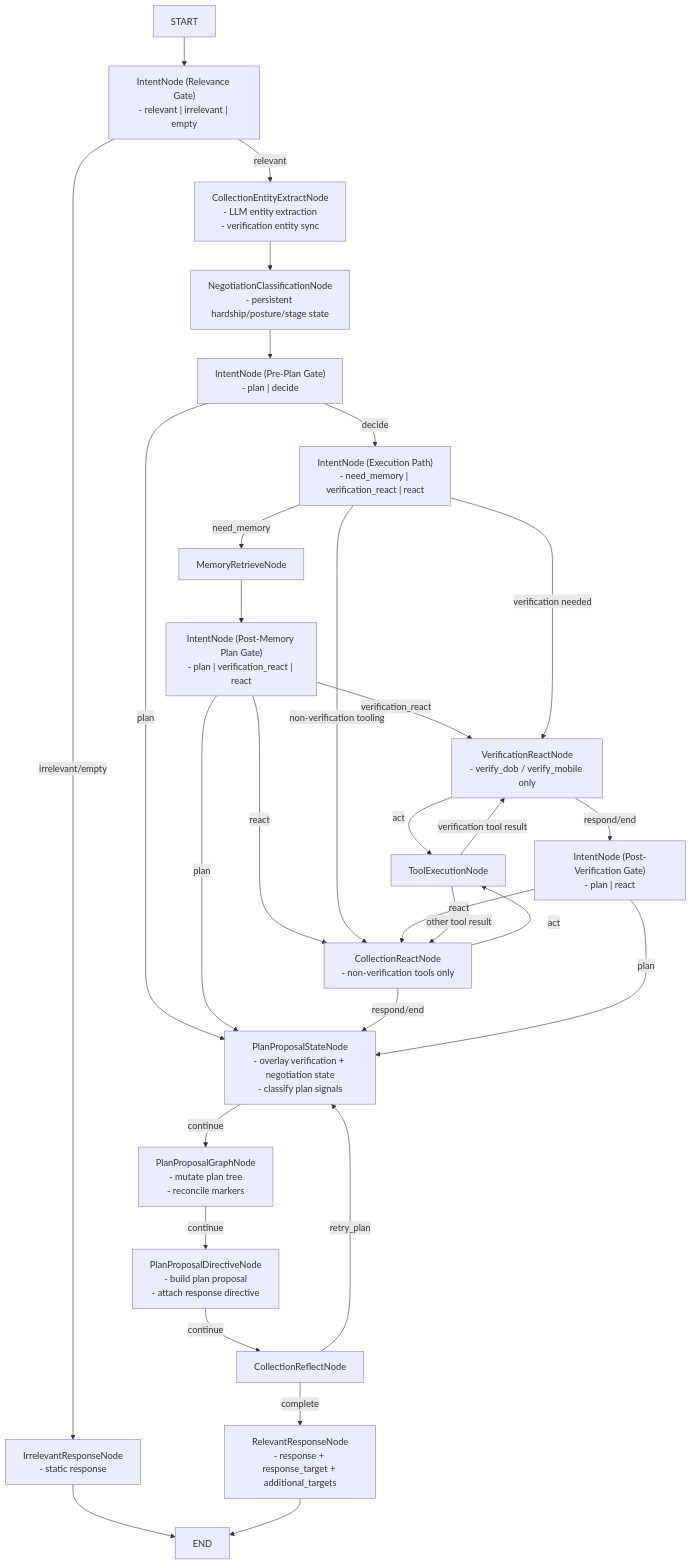
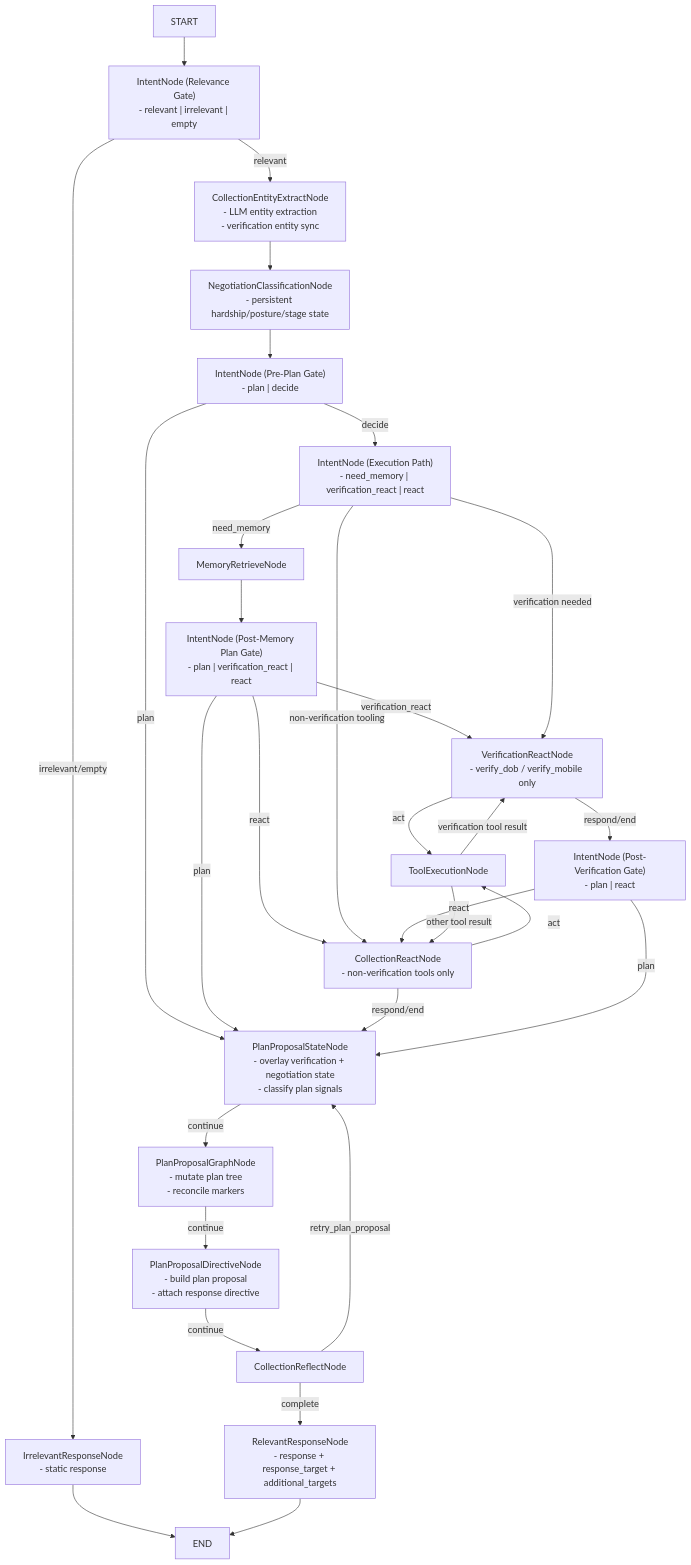
Before and after one commit to deep-saket/openclaw_agents: the diagram in agents/collection_agent/README.md, drawn with Mermaid. The commit also changed other lines of this file and 52 other files, not shown here.

````diff
--- a/agents/collection_agent/README.md
+++ b/agents/collection_agent/README.md
@@ -237,40 +286,40 @@
 ```mermaid
 flowchart TD
   Start["START"] --> IN["IntentNode (Relevance Gate)\n- relevant | irrelevant | empty"]
   IN -->|irrelevant/empty| IR["IrrelevantResponseNode\n- static response"]
   IR --> End["END"]
 
   IN -->|relevant| EN["CollectionEntityExtractNode\n- LLM entity extraction\n- verification entity sync"]
   EN --> NC["NegotiationClassificationNode\n- persistent hardship/posture/stage state"]
   NC --> PG["IntentNode (Pre-Plan Gate)\n- plan | decide"]
   PG -->|plan| PS["PlanProposalStateNode\n- overlay verification + negotiation state\n- classify plan signals"]
   PG -->|decide| XP["IntentNode (Execution Path)\n- need_memory | verification_react | react"]
 
   XP -->|need_memory| MR["MemoryRetrieveNode"]
   MR --> PM["IntentNode (Post-Memory Plan Gate)\n- plan | verification_react | react"]
   PM -->|plan| PS
   PM -->|verification_react| VR["VerificationReactNode\n- verify_dob / verify_mobile only"]
   PM -->|react| RN["CollectionReactNode\n- non-verification tools only"]
 
   XP -->|verification needed| VR
   XP -->|non-verification tooling| RN
 
   RN -->|act| TE["ToolExecutionNode"]
   RN -->|respond/end| PS
 
   VR -->|act| TE
   VR -->|respond/end| PVI["IntentNode (Post-Verification Gate)\n- plan | react"]
   PVI -->|plan| PS
   PVI -->|react| RN
 
   TE -->|verification tool result| VR
   TE -->|other tool result| RN
 
   PS -->|continue| PGN["PlanProposalGraphNode\n- mutate plan tree\n- reconcile markers"]
   PGN -->|continue| PD["PlanProposalDirectiveNode\n- build plan proposal\n- attach response directive"]
   PD -->|continue| RF["CollectionReflectNode"]
 
-  RF -->|retry_plan| PS
+  RF -->|retry_plan_proposal| PS
   RF -->|complete| RR["RelevantResponseNode\n- response + response_target + additional_targets"]
   RR --> End
 ```
````
